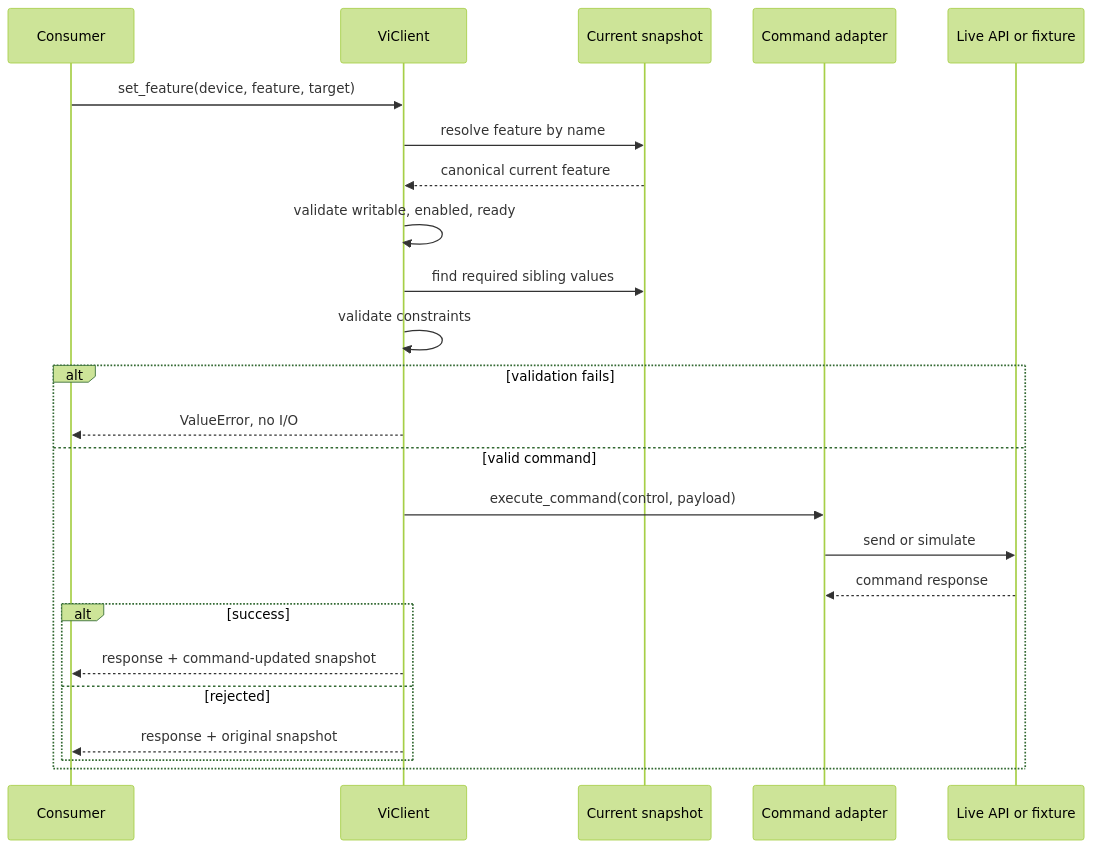
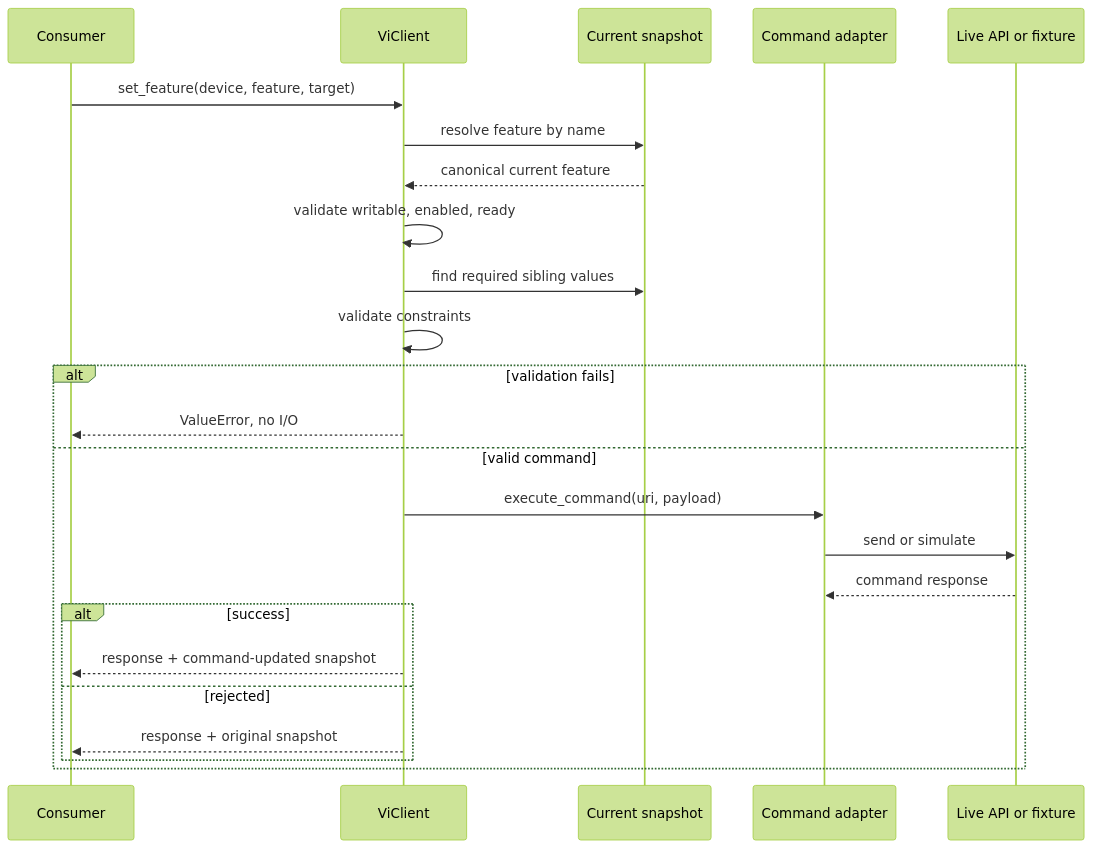
One commit to ignazhabibi/vi_api_client changed the seventh of 12 diagrams in docs/08_architecture.md. Above: the diagram before and after it, drawn with Mermaid (forest theme). The commit also changed other lines of this file and 32 other files, not shown here.

````diff
--- a/docs/08_architecture.md
+++ b/docs/08_architecture.md
@@ -405,26 +416,26 @@
 ```mermaid
 sequenceDiagram
     participant App as Consumer
     participant Client as ViClient
     participant Device as Current snapshot
     participant Adapter as Command adapter
     participant API as Live API or fixture
     App->>Client: set_feature(device, feature, target)
     Client->>Device: resolve feature by name
     Device-->>Client: canonical current feature
     Client->>Client: validate writable, enabled, ready
     Client->>Device: find required sibling values
     Client->>Client: validate constraints
     alt validation fails
         Client-->>App: ValueError, no I/O
     else valid command
-        Client->>Adapter: execute_command(control, payload)
+        Client->>Adapter: execute_command(uri, payload)
         Adapter->>API: send or simulate
         API-->>Adapter: command response
         alt success
             Client-->>App: response + command-updated snapshot
         else rejected
             Client-->>App: response + original snapshot
         end
     end
 ```
````
